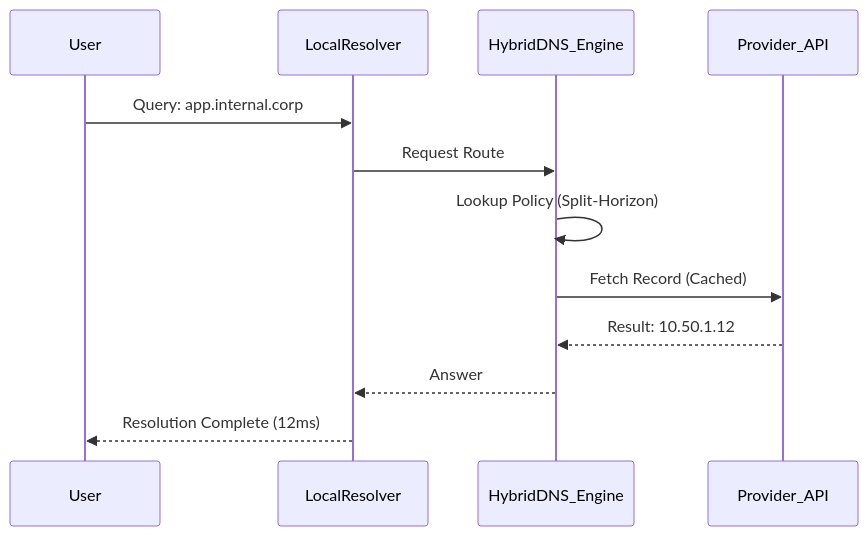
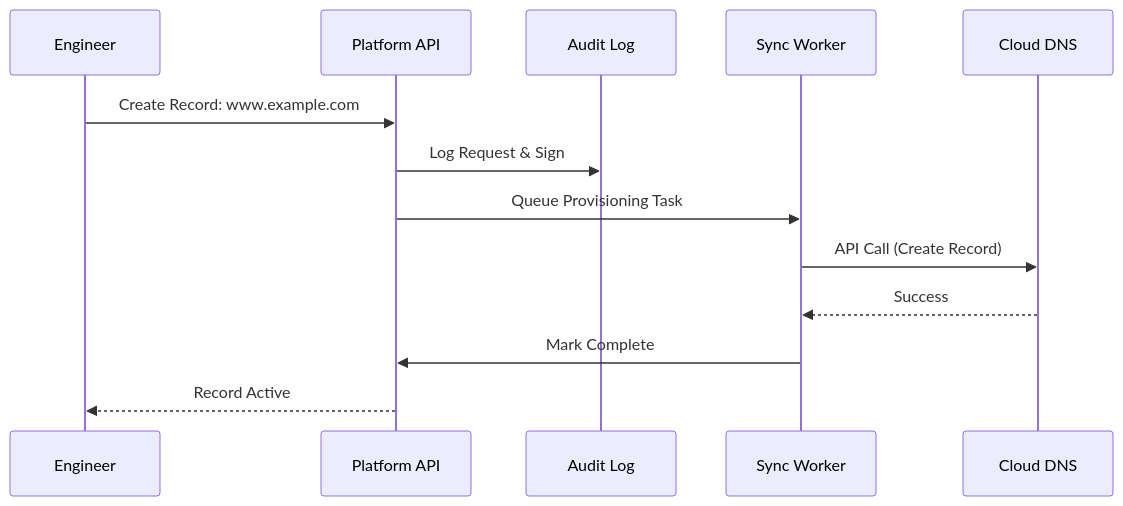
One commit to Devopstrio/hybrid-dns-resolution changed the third of 10 diagrams in README.md. Above: the diagram before and after it, drawn with Mermaid. The commit also changed other lines of this file, not shown here.

Commit message:
docs: upgrade README to institutional-grade reference architecture style

````diff
--- a/README.md
+++ b/README.md
@@ -118,15 +114,16 @@
 ```mermaid
 sequenceDiagram
-    participant User
-    participant LocalResolver
-    participant HybridDNS_Engine
-    participant Provider_API
+    participant Eng as Engineer
+    participant API as Platform API
+    participant Audit as Audit Log
+    participant Worker as Sync Worker
+    participant Provider as Cloud DNS
 
-    User->>LocalResolver: Query: app.internal.corp
-    LocalResolver->>HybridDNS_Engine: Request Route
-    HybridDNS_Engine->>HybridDNS_Engine: Lookup Policy (Split-Horizon)
-    HybridDNS_Engine->>Provider_API: Fetch Record (Cached)
-    Provider_API-->>HybridDNS_Engine: Result: 10.50.1.12
-    HybridDNS_Engine-->>LocalResolver: Answer
-    LocalResolver-->>User: Resolution Complete (12ms)
+    Eng->>API: Create Record: www.example.com
+    API->>Audit: Log Request & Sign
+    API->>Worker: Queue Provisioning Task
+    Worker->>Provider: API Call (Create Record)
+    Provider-->>Worker: Success
+    Worker->>API: Mark Complete
+    API-->>Eng: Record Active
 ```
````
